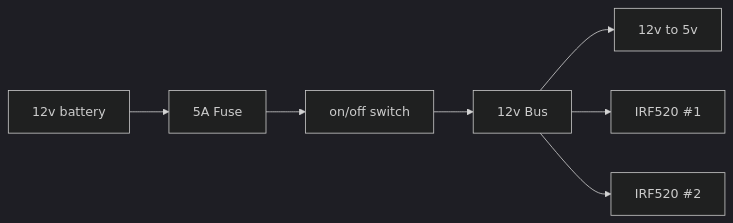
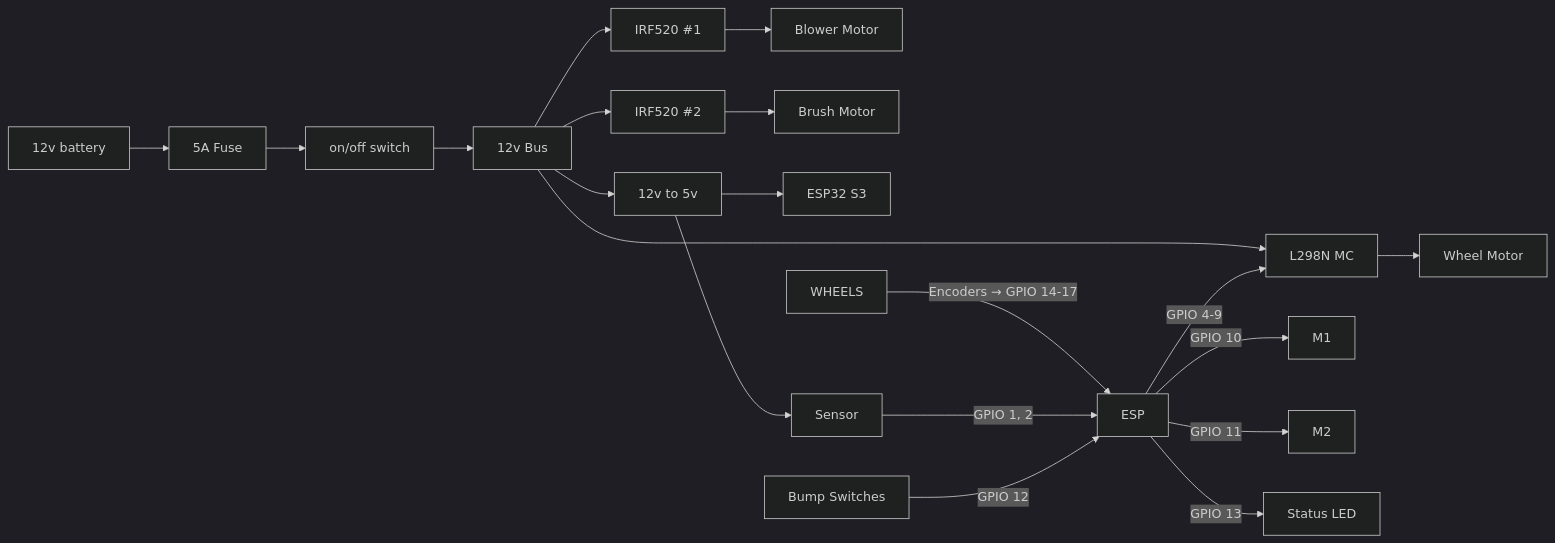
The diagram in README.md (Klinsman00/ProjectCleanbot), drawn with Mermaid (dark theme) before and after one commit.

````diff
--- a/README.md
+++ b/README.md
@@ -13,9 +13,26 @@
 ```mermaid
 flowchart LR
   BAT["12v battery"] --> FUSE["5A Fuse"] --> SW["on/off switch"] --> BUS["12v Bus"]
 
   BUS --> BUCK["12v to 5v"]
   BUS --> MC1["IRF520 #1"]
   BUS --> MC2["IRF520 #2"]
+  BUS --> L298N["L298N MC"]
+
+  MC1 --> BLOWER["Blower Motor"]
+  MC2 --> BRUSH["Brush Motor"]
+  L298N --> MOTOR["Wheel Motor"]
+
+  BUCK --> ESP32["ESP32 S3"]
+  BUCK --> SHARP["Sensor"]
+
+  ESP -->|"GPIO 4-9"| L298N
+  ESP -->|GPIO 10| M1
+  ESP -->|GPIO 11| M2
+  ESP -->|GPIO 13| LED["Status LED"]
+
+  WHEELS -->|"Encoders → GPIO 14-17"| ESP
+  SHARP -->|"GPIO 1, 2"| ESP
+  BUMP["Bump Switches"] -->|GPIO 12| ESP
 
 ```
````
